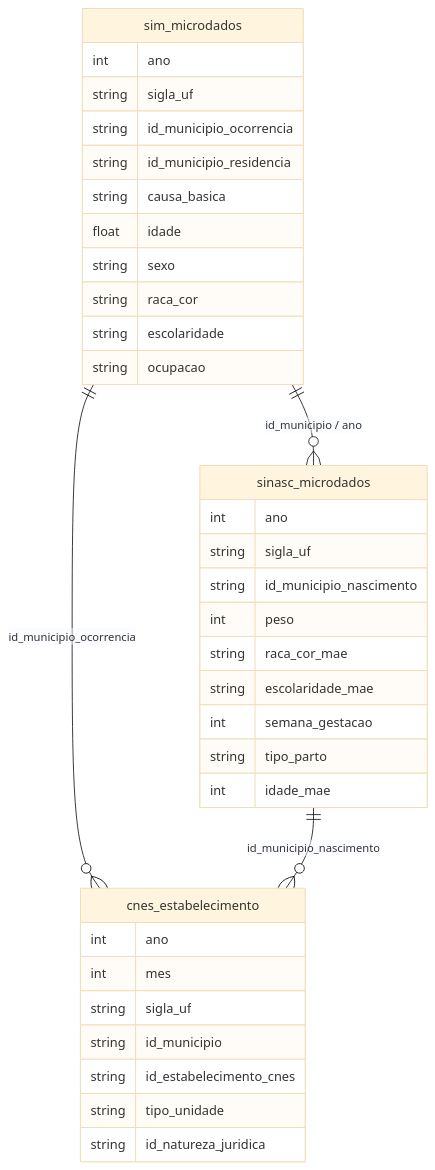
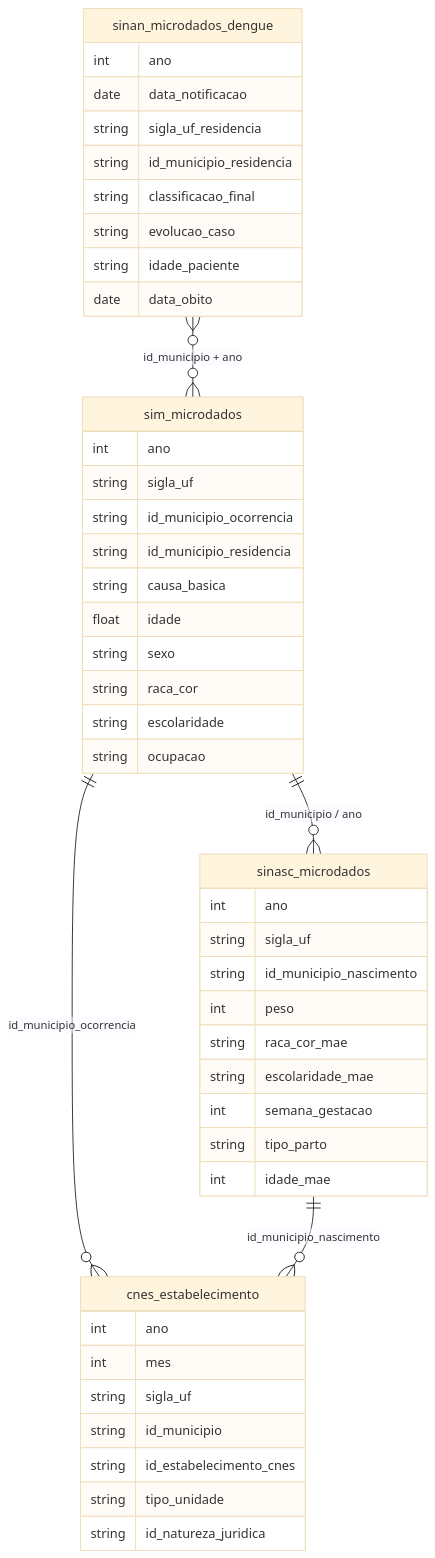
Before and after one commit to rafapolo/rodado: the diagram in docs/mapa/overview/23_epidemiologia.md, drawn with Mermaid (base theme). The commit also changed other lines of this file and 135 other files, not shown here.

````diff
--- a/docs/mapa/overview/23_epidemiologia.md
+++ b/docs/mapa/overview/23_epidemiologia.md
@@ -2,38 +2,49 @@
 ```mermaid
 erDiagram
     sim_microdados {
         int ano
         string sigla_uf
         string id_municipio_ocorrencia
         string id_municipio_residencia
         string causa_basica
         float idade
         string sexo
         string raca_cor
         string escolaridade
         string ocupacao
     }
     sinasc_microdados {
         int ano
         string sigla_uf
         string id_municipio_nascimento
         int peso
         string raca_cor_mae
         string escolaridade_mae
         int semana_gestacao
         string tipo_parto
         int idade_mae
     }
     cnes_estabelecimento {
         int ano
         int mes
         string sigla_uf
         string id_municipio
         string id_estabelecimento_cnes
         string tipo_unidade
         string id_natureza_juridica
     }
+    sinan_microdados_dengue {
+        int ano
+        date data_notificacao
+        string sigla_uf_residencia
+        string id_municipio_residencia
+        string classificacao_final
+        string evolucao_caso
+        string idade_paciente
+        date data_obito
+    }
     sim_microdados ||--o{ cnes_estabelecimento : "id_municipio_ocorrencia"
     sinasc_microdados ||--o{ cnes_estabelecimento : "id_municipio_nascimento"
     sim_microdados ||--o{ sinasc_microdados : "id_municipio / ano"
+    sinan_microdados_dengue }o--o{ sim_microdados : "id_municipio + ano"
 ```
````
